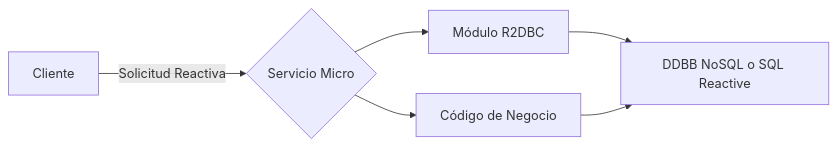
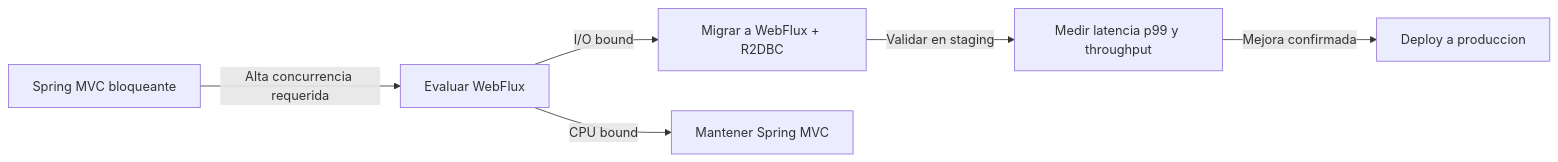
One commit to Joaquinriosheredia/DAM-Java-Mastery changed the fourth of 4 diagrams in 02_Arquitectura/arquitectura_de_microservicios_reactivos_con_spring_boot_3.3_y_r2dbc_STAFF.md. Above: the diagram before and after it, drawn with Mermaid. The commit also changed other lines of this file and 1 other file, not shown here.

````diff
--- a/02_Arquitectura/arquitectura_de_microservicios_reactivos_con_spring_boot_3.3_y_r2dbc_STAFF.md
+++ b/02_Arquitectura/arquitectura_de_microservicios_reactivos_con_spring_boot_3.3_y_r2dbc_STAFF.md
@@ -1322,8 +431,8 @@
 ```mermaid
-graph LR;
-    A[Cliente] -->|Solicitud Reactiva| B{Servicio Micro}
-    B --> C[Módulo R2DBC]
-    B --> D[Código de Negocio]
-    C --> E[DDBB NoSQL o SQL Reactive]
-    D --> E
+graph LR
+    A[Spring MVC bloqueante] -->|Alta concurrencia requerida| B[Evaluar WebFlux]
+    B -->|I/O bound| C[Migrar a WebFlux + R2DBC]
+    B -->|CPU bound| D[Mantener Spring MVC]
+    C -->|Validar en staging| E[Medir latencia p99 y throughput]
+    E -->|Mejora confirmada| F[Deploy a produccion]
 ```
````
